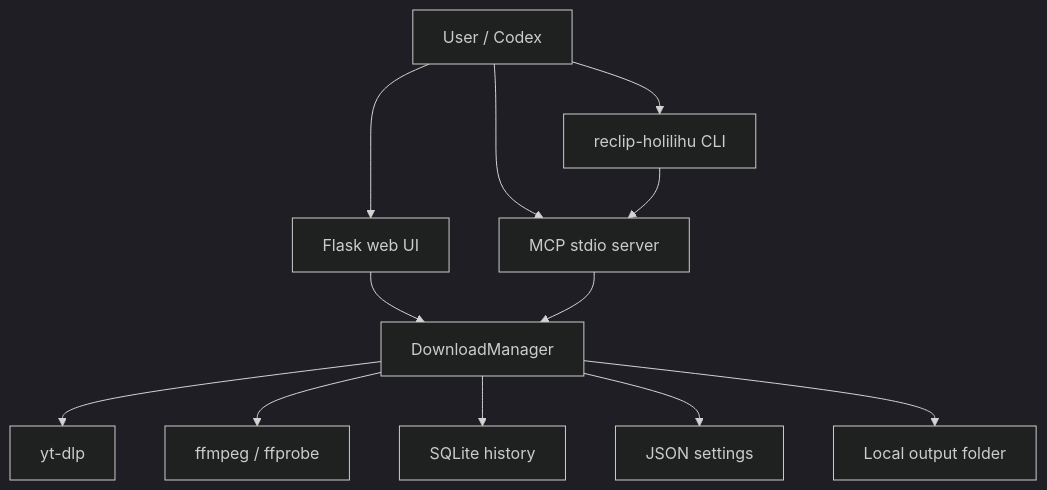
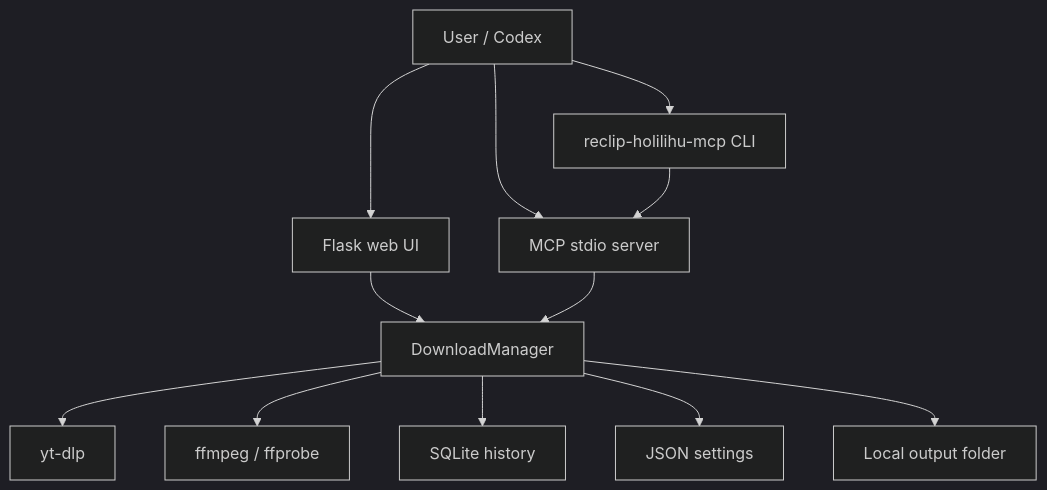
The diagram in docs/ARCHITECTURE.md (meiiie/reclip_holilihu), drawn with Mermaid (dark theme) before and after one commit. The commit also changed other lines of this file and 19 other files, not shown here.

Commit message:
Rename project to reclip-holilihu-mcp

````diff
--- a/docs/ARCHITECTURE.md
+++ b/docs/ARCHITECTURE.md
@@ -7,14 +7,14 @@
 ```mermaid
 flowchart TD
   User["User / Codex"] --> Web["Flask web UI"]
-  User --> CLI["reclip-holilihu CLI"]
+  User --> CLI["reclip-holilihu-mcp CLI"]
   User --> MCP["MCP stdio server"]
   Web --> Manager["DownloadManager"]
   CLI --> MCP
   MCP --> Manager
   Manager --> YTDLP["yt-dlp"]
   Manager --> FFMPEG["ffmpeg / ffprobe"]
   Manager --> History["SQLite history"]
   Manager --> Settings["JSON settings"]
   Manager --> Files["Local output folder"]
 ```
````
